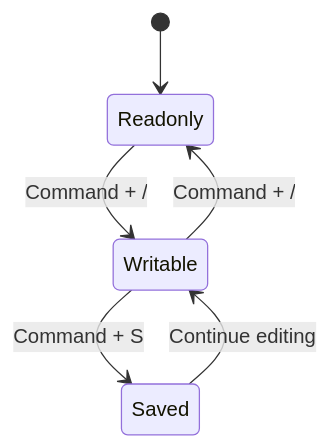
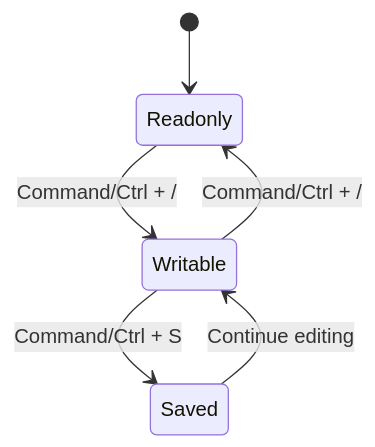
One commit to phpple/markhola changed the fourth of 13 diagrams in examples/mermaid.md. Above: the diagram before and after it, drawn with Mermaid. The commit also changed 108 other files, not shown here.

````diff
--- a/examples/mermaid.md
+++ b/examples/mermaid.md
@@ -47,8 +47,8 @@
 ```mermaid
 stateDiagram-v2
   [*] --> Readonly
-  Readonly --> Writable: Command + /
-  Writable --> Readonly: Command + /
-  Writable --> Saved: Command + S
+  Readonly --> Writable: Command/Ctrl + /
+  Writable --> Readonly: Command/Ctrl + /
+  Writable --> Saved: Command/Ctrl + S
   Saved --> Writable: Continue editing
 ```
````
